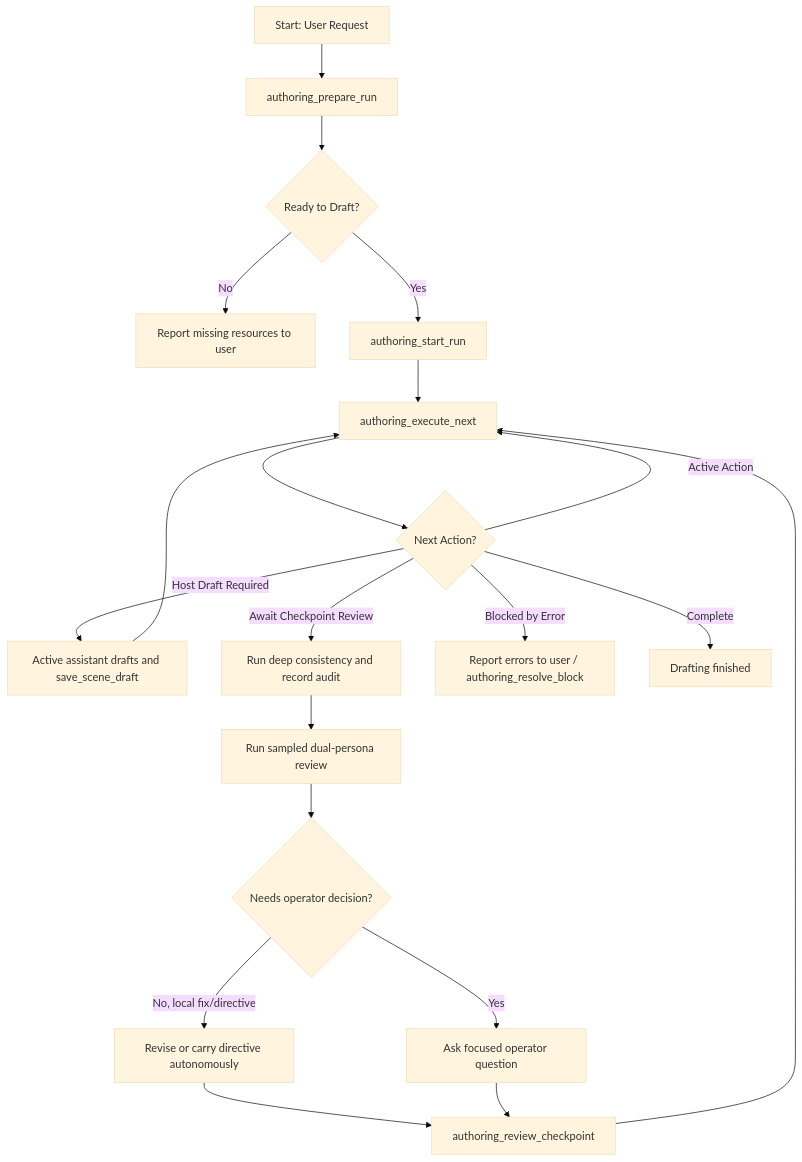
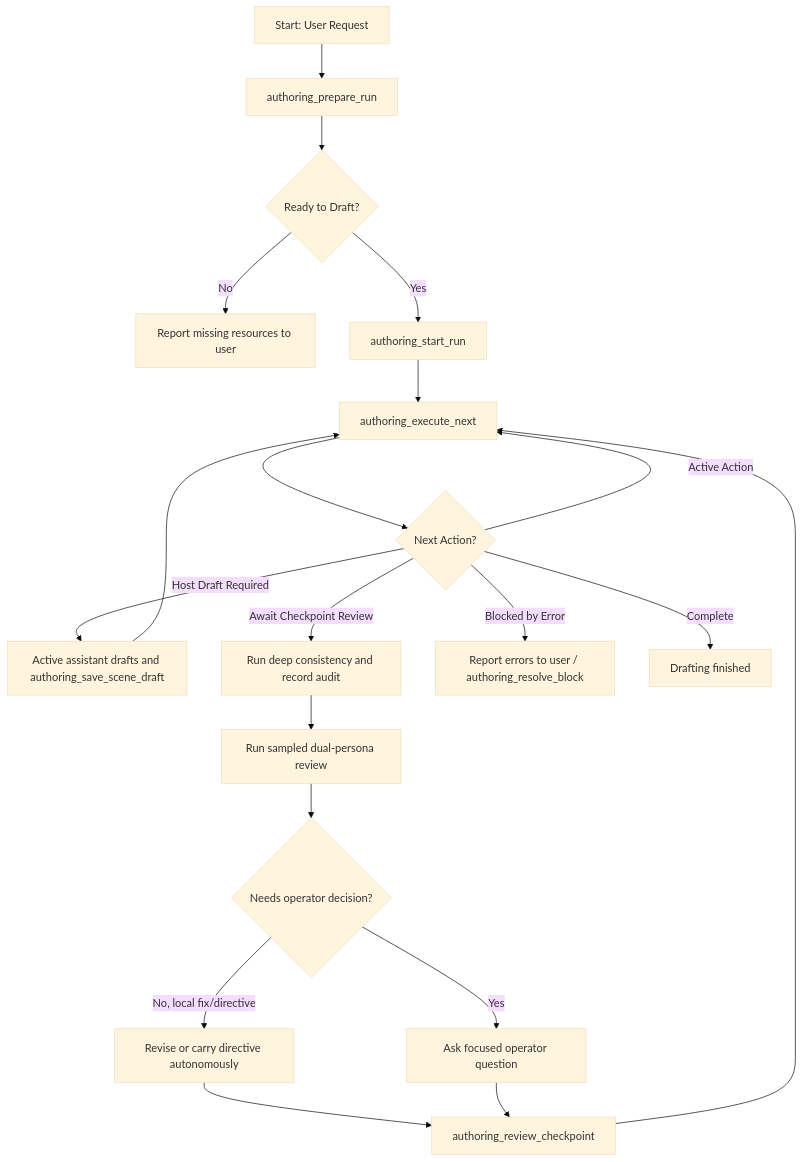
The diagram in docs/authoring-supervisor.md (VerifiedOrganic/spindle), drawn with Mermaid (base theme) before and after one commit. The commit also changed other lines of this file and 6 other files, not shown here.

Commit message:
fix(authoring): require structured host draft packages

````diff
--- a/docs/authoring-supervisor.md
+++ b/docs/authoring-supervisor.md
@@ -49,22 +50,22 @@
 ```mermaid
 graph TD
     A[Start: User Request] --> B[authoring_prepare_run]
     B --> C{Ready to Draft?}
     C -- No --> D[Report missing resources to user]
     C -- Yes --> E[authoring_start_run]
     E --> F[authoring_execute_next]
     F --> G{Next Action?}
-    G -- Host Draft Required --> L[Active assistant drafts and save_scene_draft]
+    G -- Host Draft Required --> L[Active assistant drafts and authoring_save_scene_draft]
     L --> F
     G -- Active Action --> F
     G -- Await Checkpoint Review --> P[Run deep consistency and record audit]
     P --> H[Run sampled dual-persona review]
     H --> M{Needs operator decision?}
     M -- No, local fix/directive --> N[Revise or carry directive autonomously]
     N --> I[authoring_review_checkpoint]
     M -- Yes --> O[Ask focused operator question]
     O --> I
     I --> F
     G -- Blocked by Error --> J[Report errors to user / authoring_resolve_block]
     G -- Complete --> K[Drafting finished]
 ```
````
